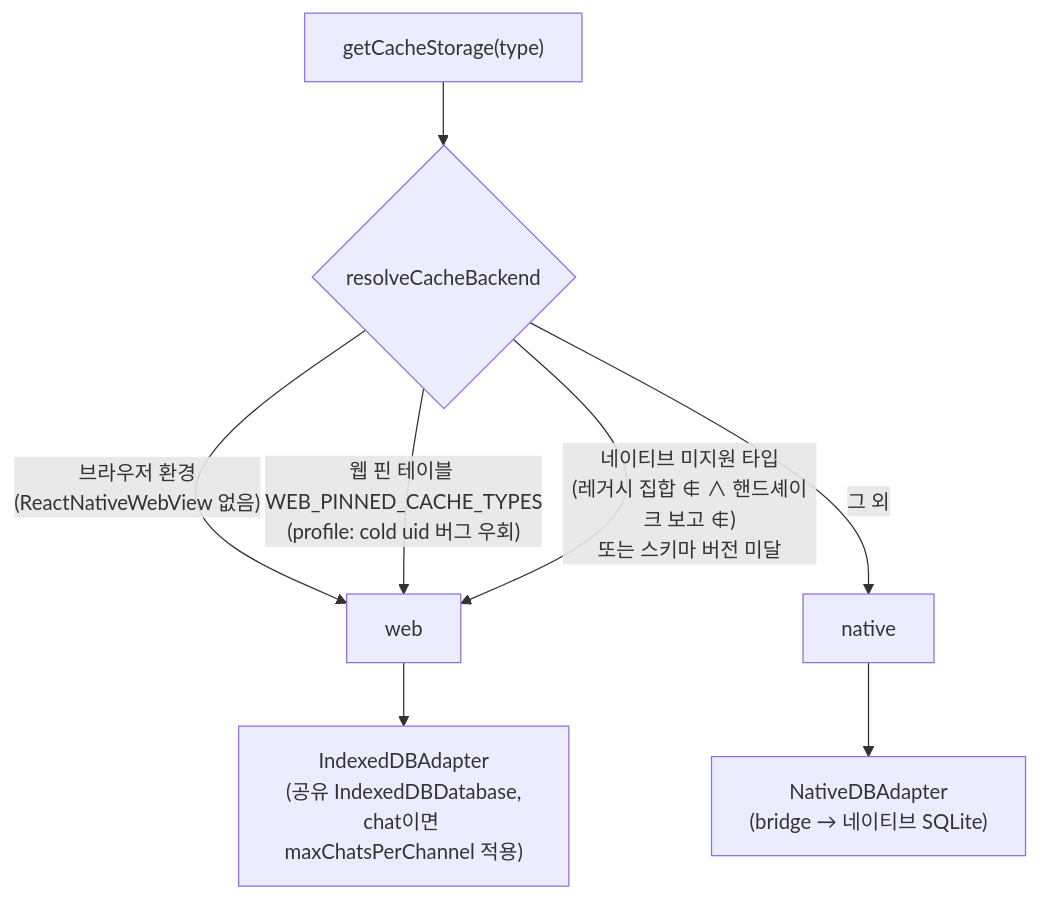
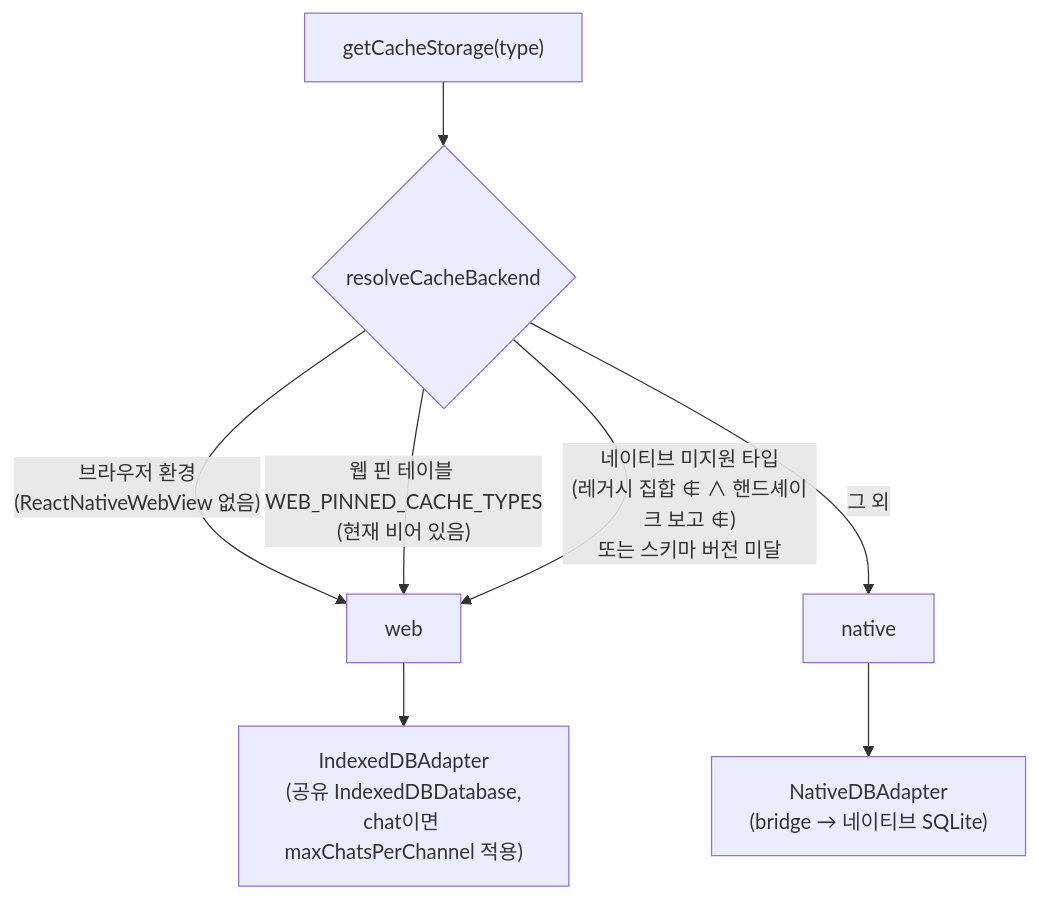
The first of 2 diagrams in libs/app-runtime/docs/data/cache-storage-routing.md (lemoncloud-io/dou-app), drawn with Mermaid before and after one commit. The commit also changed other lines of this file and 3 other files, not shown here.

````diff
--- a/libs/app-runtime/docs/data/cache-storage-routing.md
+++ b/libs/app-runtime/docs/data/cache-storage-routing.md
@@ -50,10 +52,10 @@
 ```mermaid
 flowchart TD
     Q["getCacheStorage(type)"] --> R{resolveCacheBackend}
     R -->|"브라우저 환경\n(ReactNativeWebView 없음)"| W[web]
-    R -->|"웹 핀 테이블 WEB_PINNED_CACHE_TYPES\n(profile: cold uid 버그 우회)"| W
+    R -->|"웹 핀 테이블 WEB_PINNED_CACHE_TYPES\n(현재 비어 있음)"| W
     R -->|"네이티브 미지원 타입\n(레거시 집합 ∉ ∧ 핸드셰이크 보고 ∉)\n또는 스키마 버전 미달"| W
     R -->|그 외| N[native]
     W --> IDB["IndexedDBAdapter\n(공유 IndexedDBDatabase,\nchat이면 maxChatsPerChannel 적용)"]
     N --> SQL["NativeDBAdapter\n(bridge → 네이티브 SQLite)"]
 ```
````
